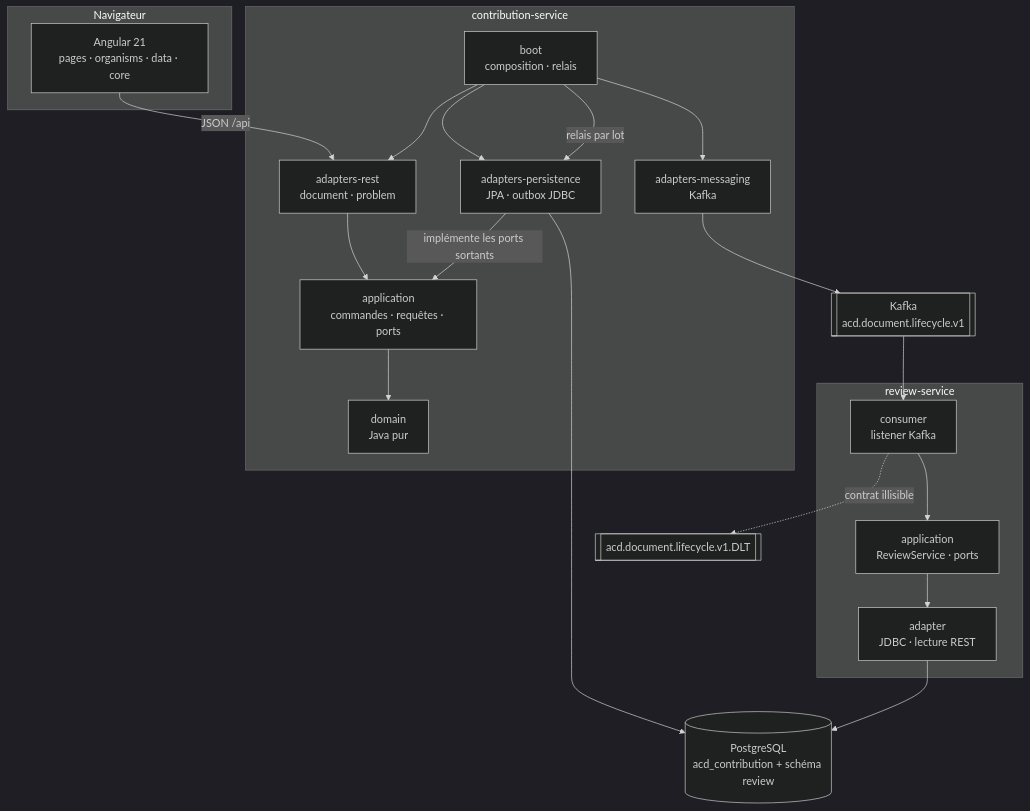
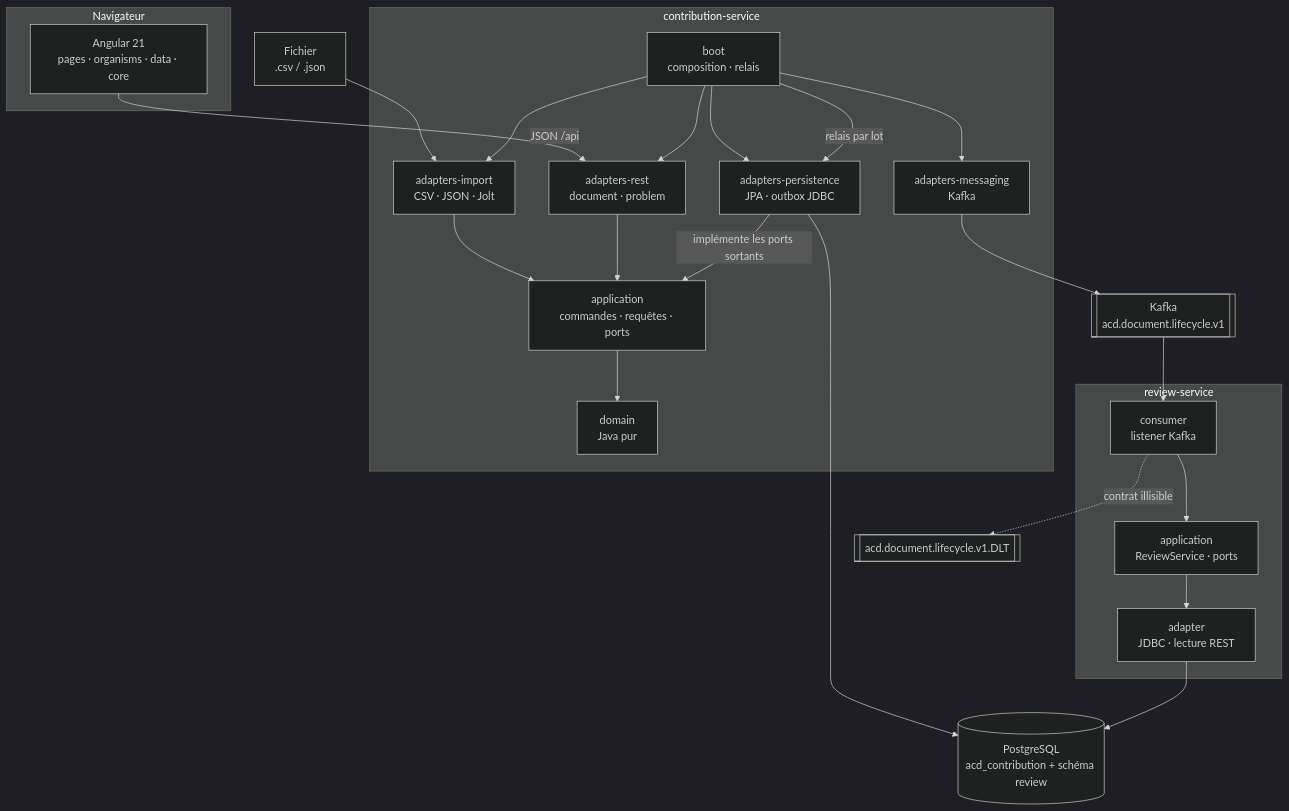
One commit to hfWalid/ACD-kata changed the first of 2 diagrams in design/2- architecture.md. Above: the diagram before and after it, drawn with Mermaid (dark theme). The commit also changed other lines of this file and 72 other files, not shown here.

````diff
--- a/design/2- architecture.md
+++ b/design/2- architecture.md
@@ -9,41 +9,45 @@
 ```mermaid
 flowchart TB
   subgraph Browser["Navigateur"]
     W["Angular 21<br/>pages · organisms · data · core"]
   end
 
   subgraph Contribution["contribution-service"]
     R["adapters-rest<br/>document · problem"]
     A["application<br/>commandes · requêtes · ports"]
     D["domain<br/>Java pur"]
     P["adapters-persistence<br/>JPA · outbox JDBC"]
     M["adapters-messaging<br/>Kafka"]
+    I["adapters-import<br/>CSV · JSON · Jolt"]
     B["boot<br/>composition · relais"]
   end
 
   subgraph Review["review-service"]
     RC["consumer<br/>listener Kafka"]
     RA["application<br/>ReviewService · ports"]
     RP["adapter<br/>JDBC · lecture REST"]
   end
 
   DB[("PostgreSQL<br/>acd_contribution + schéma review")]
   K[["Kafka<br/>acd.document.lifecycle.v1"]]
   DLT[["acd.document.lifecycle.v1.DLT"]]
 
   W -->|"JSON /api"| R
+  F["Fichier<br/>.csv / .json"] --> I
+  I --> A
   R --> A
   A --> D
   P -->|"implémente les ports sortants"| A
   B --> R
   B --> P
   B --> M
+  B --> I
   B -->|"relais par lot"| P
   P --> DB
   M --> K
   K --> RC
   RC --> RA
   RA --> RP
   RP --> DB
   RC -.->|"contrat illisible"| DLT
 ```
````
